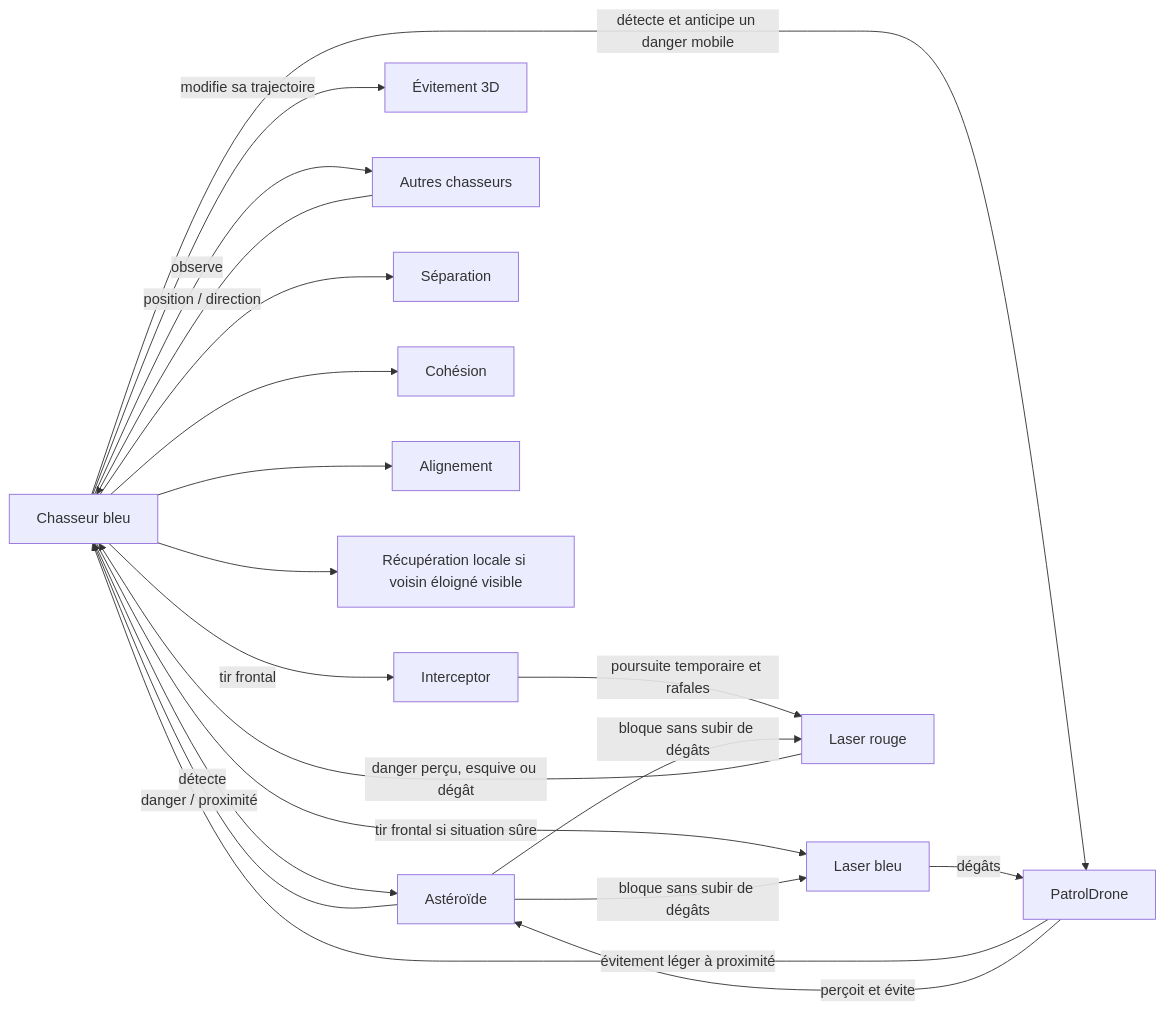
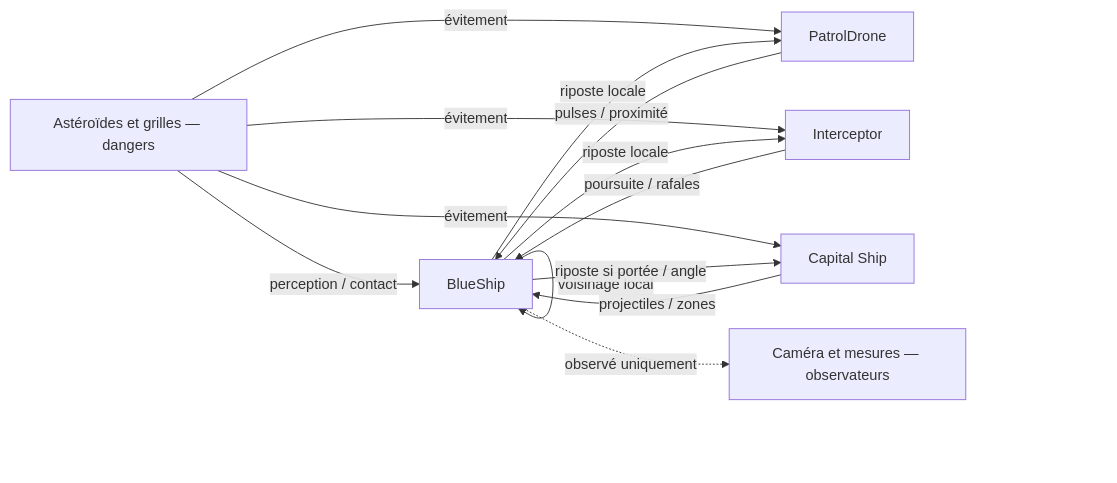
Before and after one commit to Hoarau-arnaud/Godot_M2_ILIADE: the fifth of 5 diagrams in RAPPORT.md, drawn with Mermaid. The commit also changed other lines of this file and 15 other files, not shown here.

````diff
--- a/RAPPORT.md
+++ b/RAPPORT.md
@@ -523,24 +86,15 @@
 ```mermaid
 flowchart LR
-    A[Chasseur bleu] -->|détecte| B[Astéroïde]
-    B -->|danger / proximité| A
-    A -->|modifie sa trajectoire| C[Évitement 3D]
-
-    A -->|observe| D[Autres chasseurs]
-    D -->|position / direction| A
-
-    A --> E[Séparation]
-    A --> F[Cohésion]
-    A --> G[Alignement]
-    A --> H[Récupération locale si voisin éloigné visible]
-    A -->|détecte et anticipe un danger mobile| I[PatrolDrone]
-    I -->|évitement léger à proximité| A
-    I -->|perçoit et évite| B
-    A -->|tir frontal si situation sûre| J[Laser bleu]
-    J -->|dégâts| I
-    B -->|bloque sans subir de dégâts| J
-    A -->|tir frontal| K[Interceptor]
-    K -->|poursuite temporaire et rafales| L[Laser rouge]
-    L -->|danger perçu, esquive ou dégât| A
-    B -->|bloque sans subir de dégâts| L
+    E[Astéroïdes et grilles — dangers] -->|perception / contact| B[BlueShip]
+    E -->|évitement| P
+    E -->|évitement| I
+    E -->|évitement| C
+    B -->|voisinage local| B
+    P[PatrolDrone] -->|pulses / proximité| B
+    I[Interceptor] -->|poursuite / rafales| B
+    C[Capital Ship] -->|projectiles / zones| B
+    B -->|riposte locale| P
+    B -->|riposte locale| I
+    B -->|riposte si portée / angle| C
+    B -.->|observé uniquement| O[Caméra et mesures — observateurs]
 ```
````
